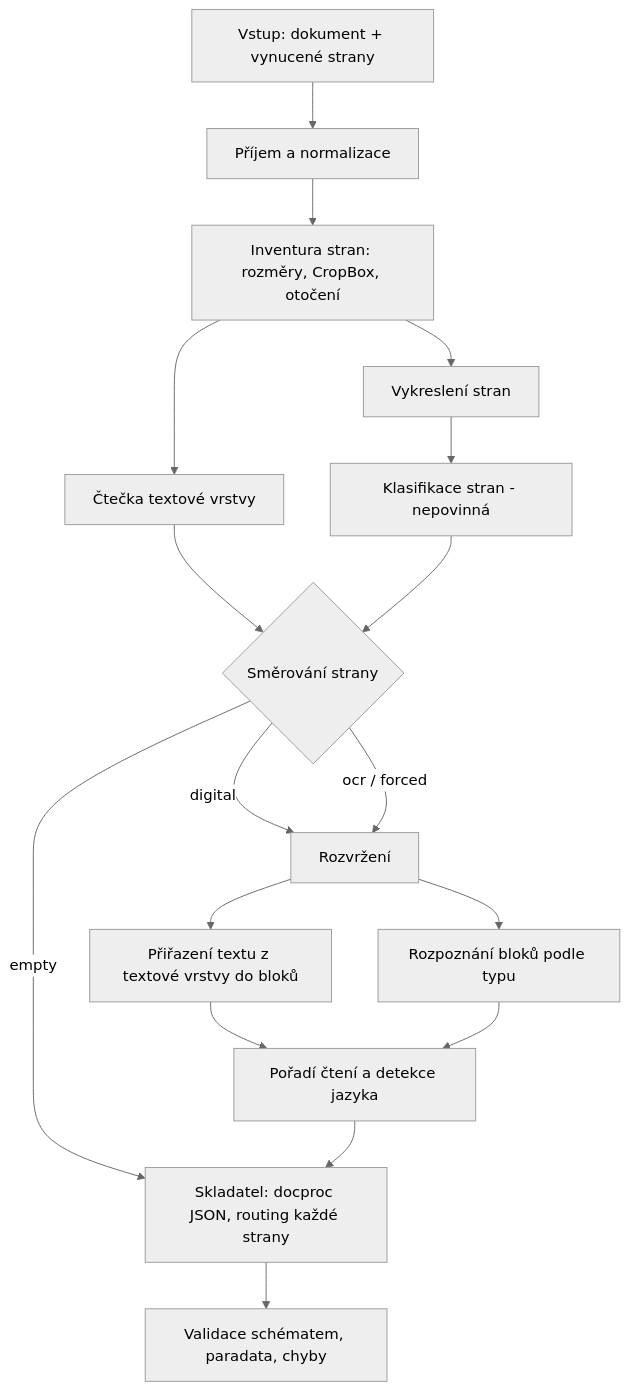
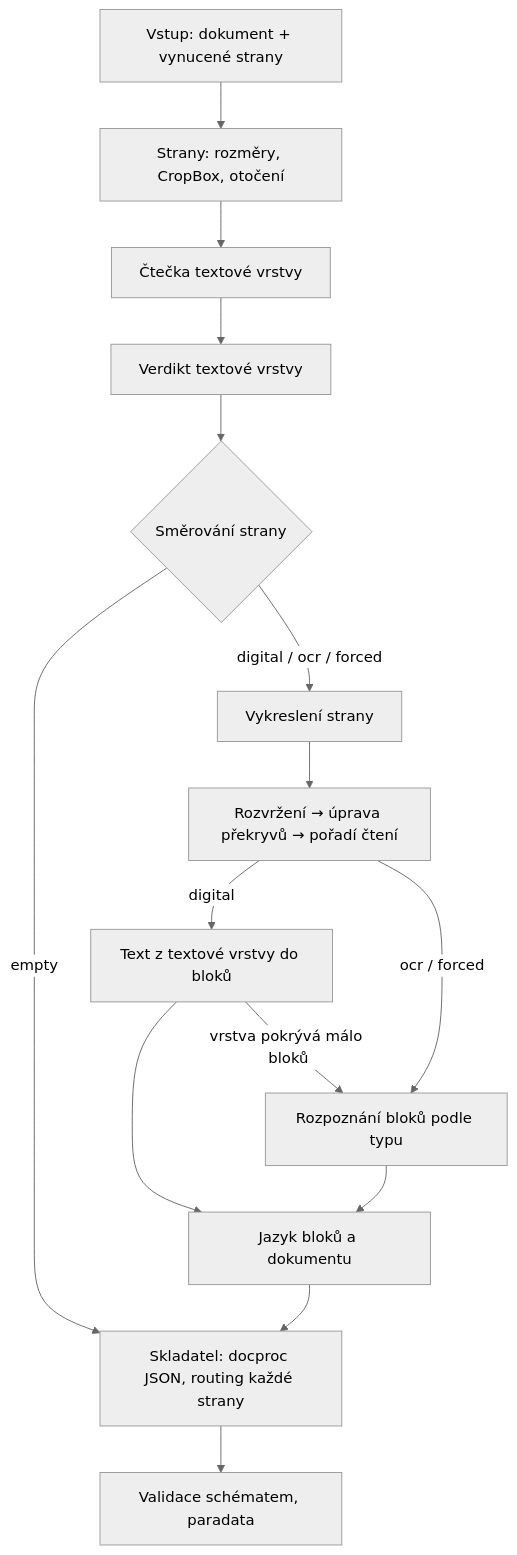
Before and after one commit to ARUP-CAS/aiscr-atr: the diagram in docs/PLAN.md, drawn with Mermaid (neutral theme). The commit also changed other lines of this file and 2 other files, not shown here.

First line of the commit message:
Dokumentace podle skutečného stavu

````diff
--- a/docs/PLAN.md
+++ b/docs/PLAN.md
@@ -15,19 +16,17 @@
 ```mermaid
 flowchart TD
-    A[Vstup: dokument + vynucené strany] --> B[Příjem a normalizace]
-    B --> C[Inventura stran: rozměry, CropBox, otočení]
-    C --> D[Čtečka textové vrstvy]
-    C --> E[Vykreslení stran]
-    E --> F[Klasifikace stran - nepovinná]
+    A[Vstup: dokument + vynucené strany] --> B[Strany: rozměry, CropBox, otočení]
+    B --> C[Čtečka textové vrstvy]
+    C --> D[Verdikt textové vrstvy]
     D --> G{Směrování strany}
-    F --> G
-    G -->|digital| H[Rozvržení]
-    G -->|ocr / forced| H
     G -->|empty| M
-    H --> I[Přiřazení textu z textové vrstvy do bloků]
-    H --> J[Rozpoznání bloků podle typu]
-    I --> K[Pořadí čtení a detekce jazyka]
+    G -->|digital / ocr / forced| E[Vykreslení strany]
+    E --> H[Rozvržení → úprava překryvů → pořadí čtení]
+    H -->|digital| I[Text z textové vrstvy do bloků]
+    I -->|vrstva pokrývá málo bloků| J
+    H -->|ocr / forced| J[Rozpoznání bloků podle typu]
+    I --> K[Jazyk bloků a dokumentu]
     J --> K
     K --> M[Skladatel: docproc JSON, routing každé strany]
-    M --> N[Validace schématem, paradata, chyby]
+    M --> N[Validace schématem, paradata]
 ```
````
